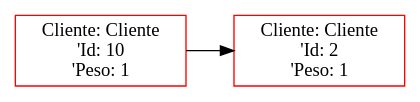
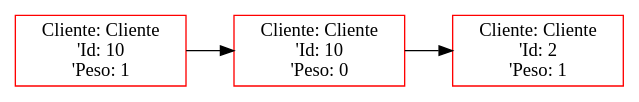
One commit to FranklinONP/EDD_PROYECTO_202200089 changed the diagram in Proyecto1/Proyecto1_202200089/Main/pequena.dot. Above: the diagram before and after it, drawn with Graphviz. The commit also changed 13 other files, not shown here.

```diff
--- a/Proyecto1/Proyecto1_202200089/Main/pequena.dot
+++ b/Proyecto1/Proyecto1_202200089/Main/pequena.dot
@@ -1,6 +1,8 @@
  digraph G {
  rankdir=LR;
  node0 [label="Cliente: Cliente\n'Id: 10\n'Peso: 1", color="red", shape="rectangle"];
- node1 [label="Cliente: Cliente\n'Id: 2\n'Peso: 1", color="red", shape="rectangle"];
+ node1 [label="Cliente: Cliente\n'Id: 10\n'Peso: 0", color="red", shape="rectangle"];
  node0 -> node1 [dir="forward"];
+ node2 [label="Cliente: Cliente\n'Id: 2\n'Peso: 1", color="red", shape="rectangle"];
+ node1 -> node2 [dir="forward"];
  }
```
